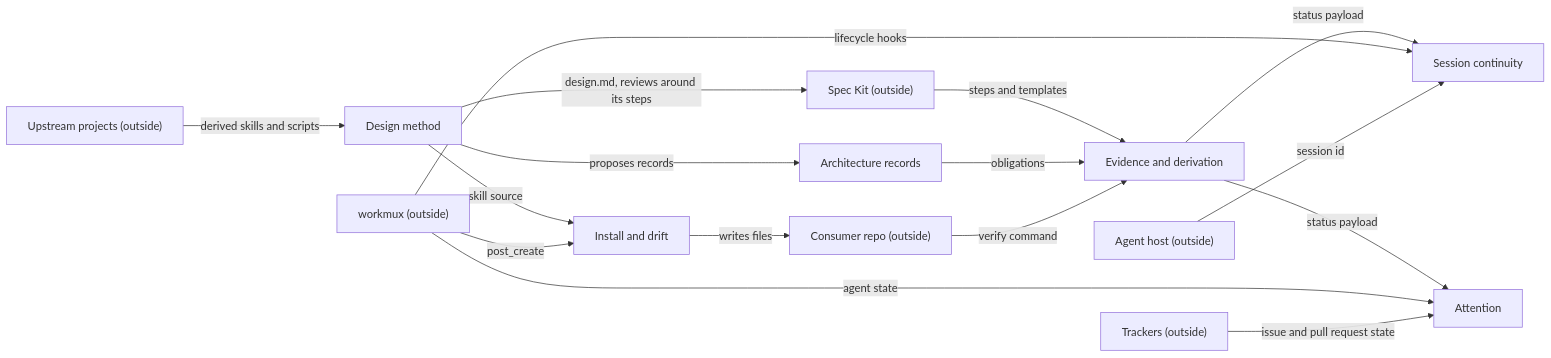
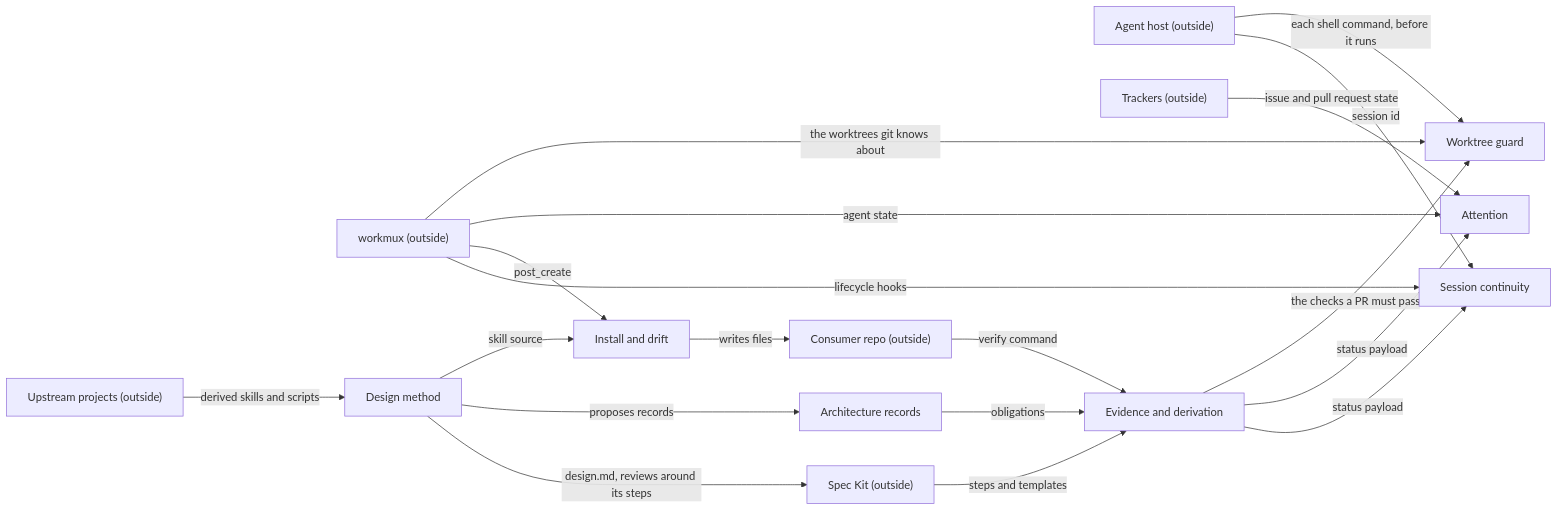
One commit to aamarin/wfctl changed the second of 2 diagrams in docs/architecture/domain/wfctl.md. Above: the diagram before and after it, drawn with Mermaid. The commit also changed other lines of this file, not shown here.

First line of the commit message:
docs(domain): add the worktree guard as a seventh context

````diff
--- a/docs/architecture/domain/wfctl.md
+++ b/docs/architecture/domain/wfctl.md
@@ -130,31 +139,35 @@
 ```mermaid
 flowchart LR
     SK["Spec Kit (outside)"]
     WM["workmux (outside)"]
     HOST["Agent host (outside)"]
     REPO["Consumer repo (outside)"]
     TR["Trackers (outside)"]
     UP["Upstream projects (outside)"]
     DM["Design method"]
     AR["Architecture records"]
     EV["Evidence and derivation"]
     IN["Install and drift"]
     SC["Session continuity"]
     AT["Attention"]
+    WG["Worktree guard"]
 
     SK -->|"steps and templates"| EV
     DM -->|"design.md, reviews around its steps"| SK
     DM -->|"proposes records"| AR
     AR -->|"obligations"| EV
     DM -->|"skill source"| IN
     EV -->|"status payload"| SC
     EV -->|"status payload"| AT
     WM -->|"lifecycle hooks"| SC
     WM -->|"post_create"| IN
     WM -->|"agent state"| AT
     HOST -->|"session id"| SC
     REPO -->|"verify command"| EV
     IN -->|"writes files"| REPO
     TR -->|"issue and pull request state"| AT
     UP -->|"derived skills and scripts"| DM
+    HOST -->|"each shell command, before it runs"| WG
+    WM -->|"the worktrees git knows about"| WG
+    EV -->|"the checks a PR must pass"| WG
 ```
````
